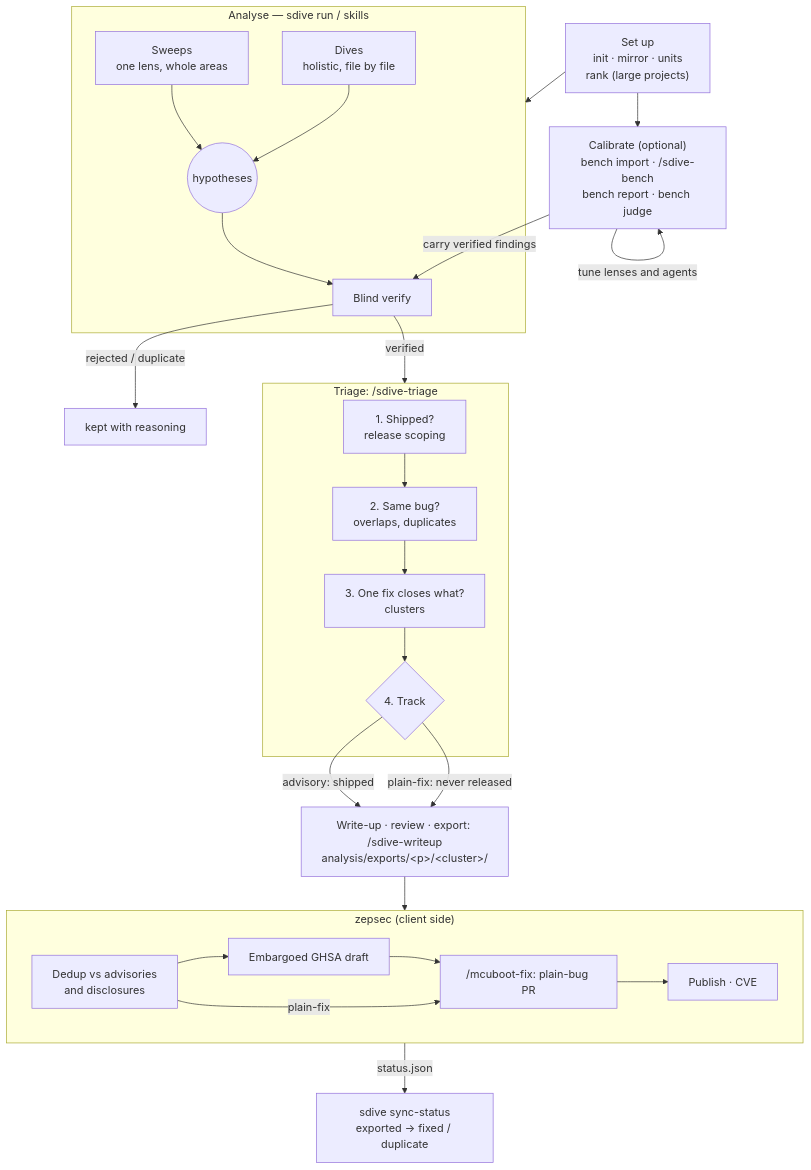
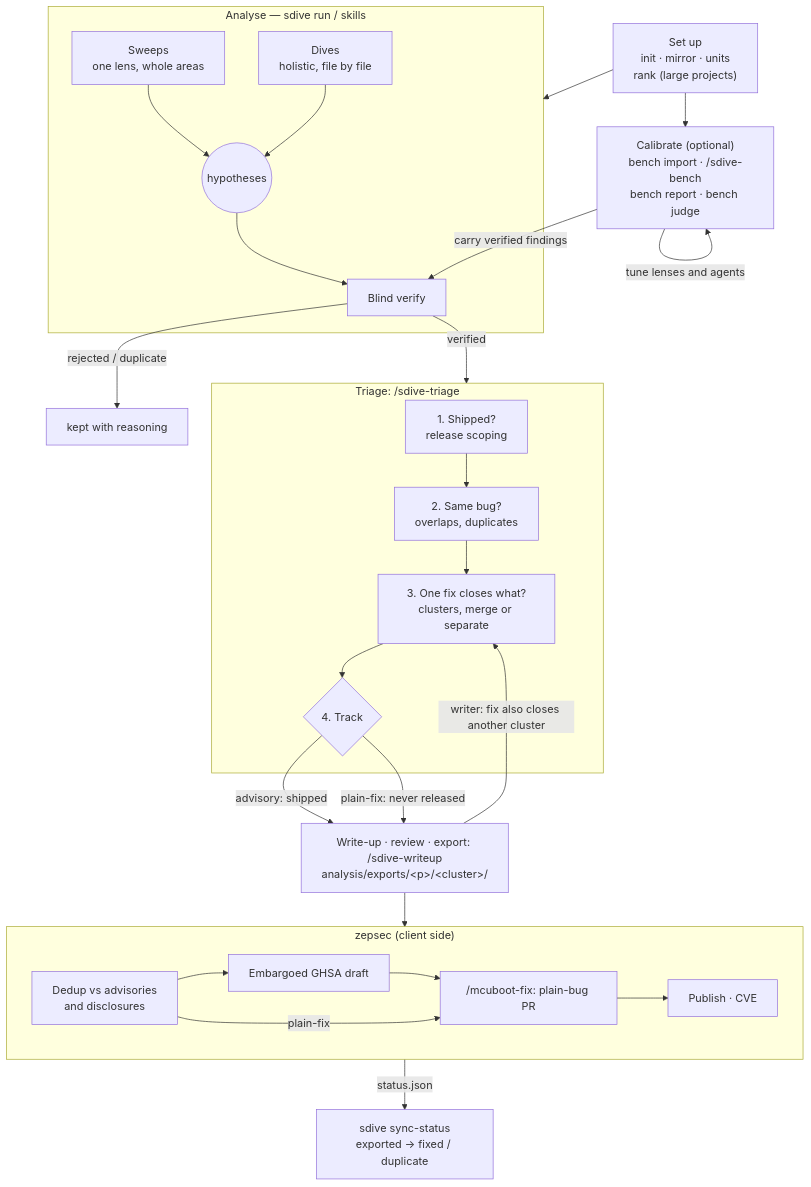
Before and after one commit to ceolin/sdive: the diagram in process.md, drawn with Mermaid. The commit also changed other lines of this file and 11 other files, not shown here.

````diff
--- a/process.md
+++ b/process.md
@@ -58,35 +58,36 @@
 ```mermaid
 flowchart TD
     setup["Set up<br/>init · mirror · units<br/>rank (large projects)"] --> bench
     setup --> analyse
     bench["Calibrate (optional)<br/>bench import · /sdive-bench<br/>bench report · bench judge"] -->|tune lenses and agents| bench
     bench -->|carry verified findings| verify
 
     subgraph analyse ["Analyse — sdive run / skills"]
         sweep["Sweeps<br/>one lens, whole areas"] --> hyp((hypotheses))
         dive["Dives<br/>holistic, file by file"] --> hyp
         hyp --> verify["Blind verify"]
     end
 
     verify -->|rejected / duplicate| done1[kept with reasoning]
     verify -->|verified| triage
 
     subgraph triage ["Triage: /sdive-triage"]
         scope["1. Shipped?<br/>release scoping"] --> dup["2. Same bug?<br/>overlaps, duplicates"]
-        dup --> cluster["3. One fix closes what?<br/>clusters"]
+        dup --> cluster["3. One fix closes what?<br/>clusters, merge or separate"]
         cluster --> track{"4. Track"}
     end
 
     track -->|advisory: shipped| export
     track -->|plain-fix: never released| export
     export["Write-up · review · export: /sdive-writeup<br/>analysis/exports/&lt;p&gt;/&lt;cluster&gt;/"] --> zepsec
+    export -->|writer: fix also closes another cluster| cluster
 
     subgraph zepsec ["zepsec (client side)"]
         dedup["Dedup vs advisories<br/>and disclosures"] --> ghsa["Embargoed GHSA draft"]
         ghsa --> fix["/mcuboot-fix: plain-bug PR"]
         dedup -->|plain-fix| fix
         fix --> pub["Publish · CVE"]
     end
 
     zepsec -->|status.json| back["sdive sync-status<br/>exported → fixed / duplicate"]
 ```
````
